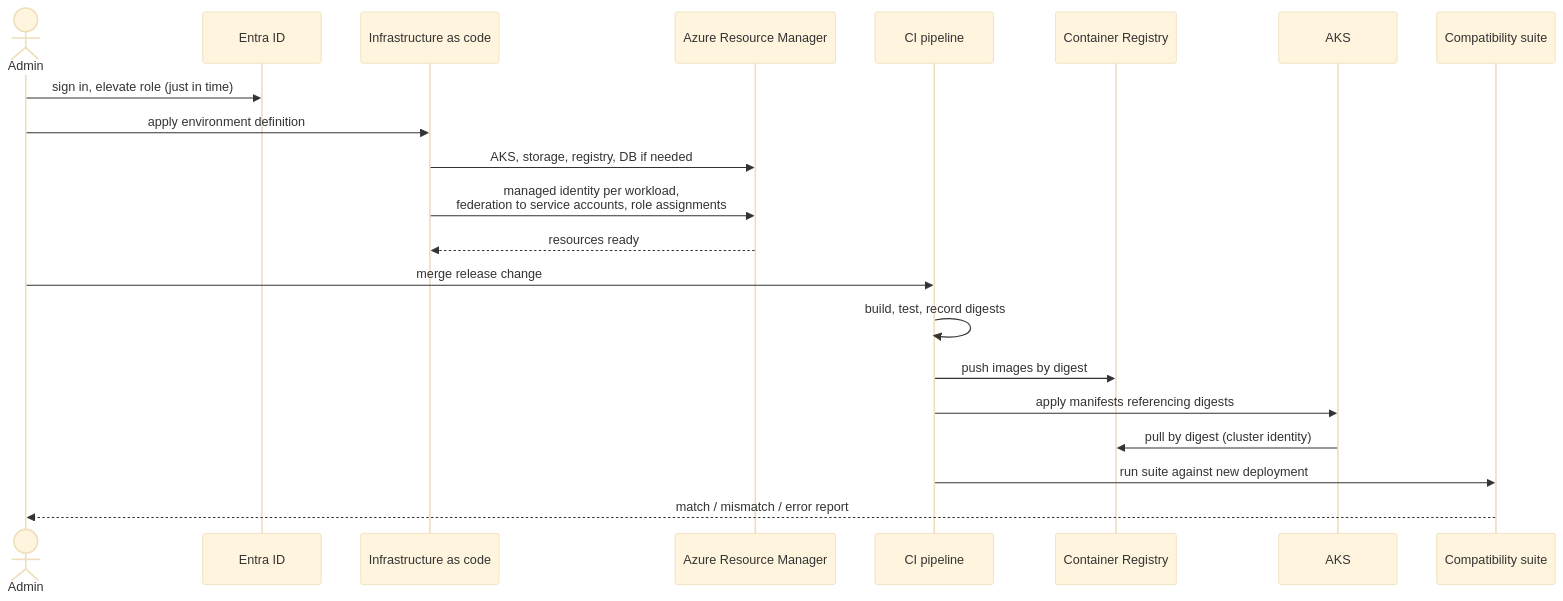
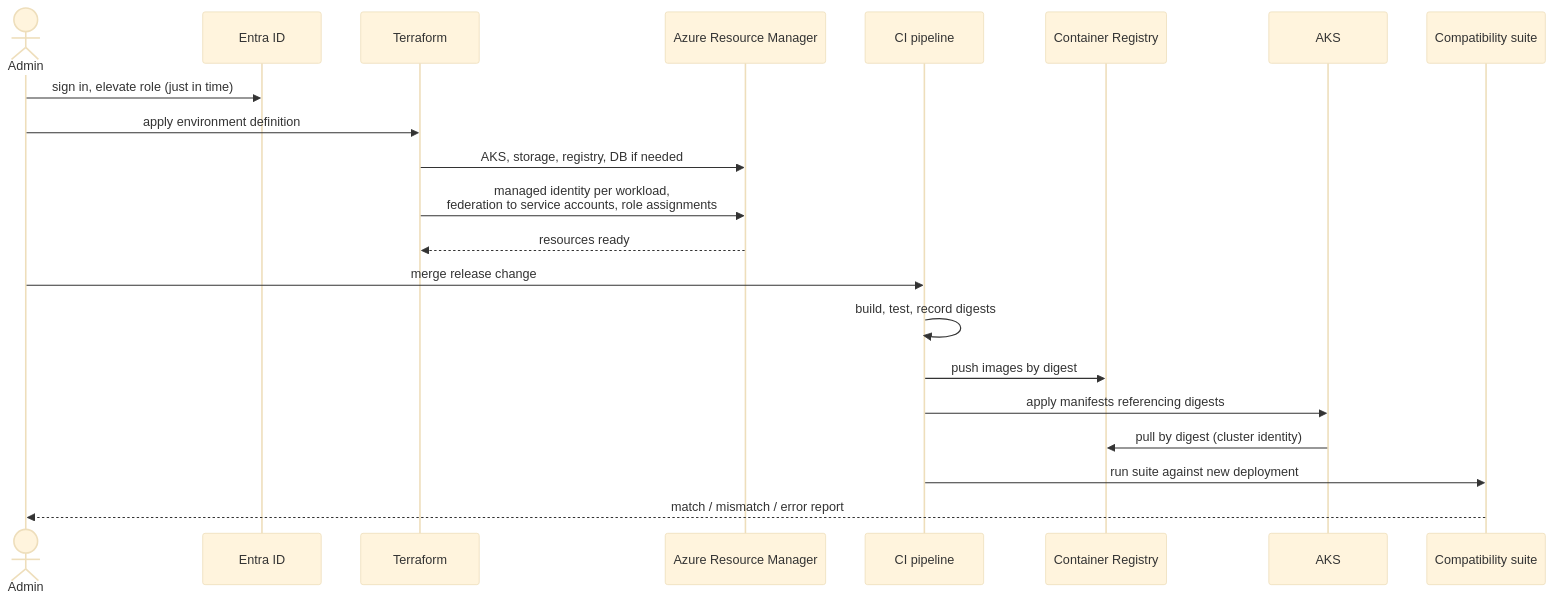
The tenth of 10 diagrams in docs/goal-state.md (monkeywidget/Cmacc-Org), drawn with Mermaid (base theme) before and after one commit. The commit also changed other lines of this file and 13 other files, not shown here.

````diff
--- a/docs/goal-state.md
+++ b/docs/goal-state.md
@@ -429,24 +437,24 @@
 ```mermaid
 sequenceDiagram
   actor Ad as Admin
   participant ID as Entra ID
-  participant IaC as Infrastructure as code
+  participant IaC as Terraform
   participant ARM as Azure Resource Manager
   participant CI as CI pipeline
   participant ACR as Container Registry
   participant K as AKS
   participant T as Compatibility suite
 
   Ad->>ID: sign in, elevate role (just in time)
   Ad->>IaC: apply environment definition
   IaC->>ARM: AKS, storage, registry, DB if needed
   IaC->>ARM: managed identity per workload,<br/>federation to service accounts, role assignments
   ARM-->>IaC: resources ready
   Ad->>CI: merge release change
   CI->>CI: build, test, record digests
   CI->>ACR: push images by digest
   CI->>K: apply manifests referencing digests
   K->>ACR: pull by digest (cluster identity)
   CI->>T: run suite against new deployment
   T-->>Ad: match / mismatch / error report
 ```
````
